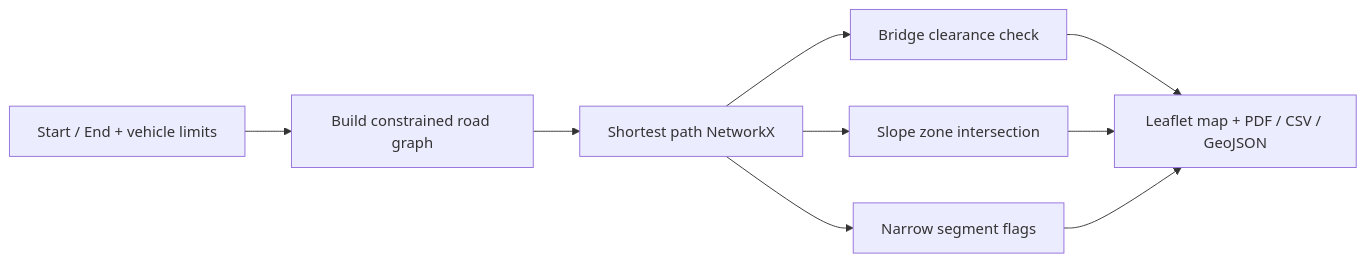
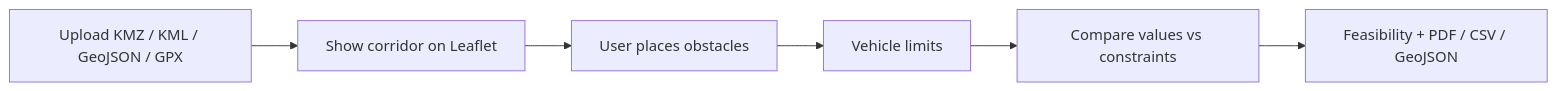
One commit to GeoByteBrew/Wind_Route_Analysis_Toolkit changed the diagram in README.md. Above: the diagram before and after it, drawn with Mermaid. The commit also changed other lines of this file and 24 other files, not shown here.

First line of the commit message:
Switch to upload-first Route Analysis Toolkit with Montpellier–Lyon KMZ.

````diff
--- a/README.md
+++ b/README.md
@@ -111,11 +107,8 @@
 ```mermaid
 flowchart LR
-  A[Start / End + vehicle limits] --> B[Build constrained road graph]
-  B --> C[Shortest path NetworkX]
-  C --> D[Bridge clearance check]
-  C --> E[Slope zone intersection]
-  C --> F[Narrow segment flags]
-  D --> G[Leaflet map + PDF / CSV / GeoJSON]
-  E --> G
-  F --> G
+  A[Upload KMZ / KML / GeoJSON / GPX] --> B[Show corridor on Leaflet]
+  B --> C[User places obstacles]
+  C --> D[Vehicle limits]
+  D --> E[Compare values vs constraints]
+  E --> F[Feasibility + PDF / CSV / GeoJSON]
 ```
````
